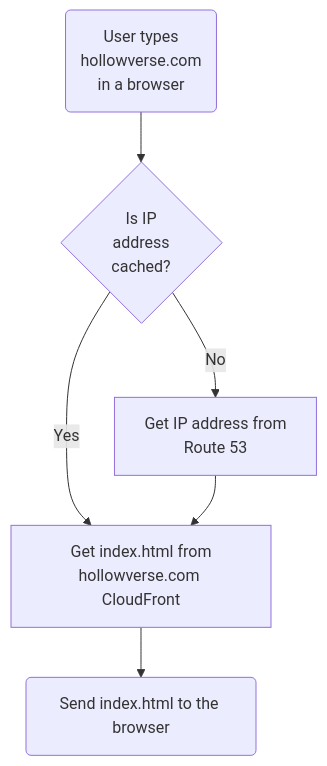
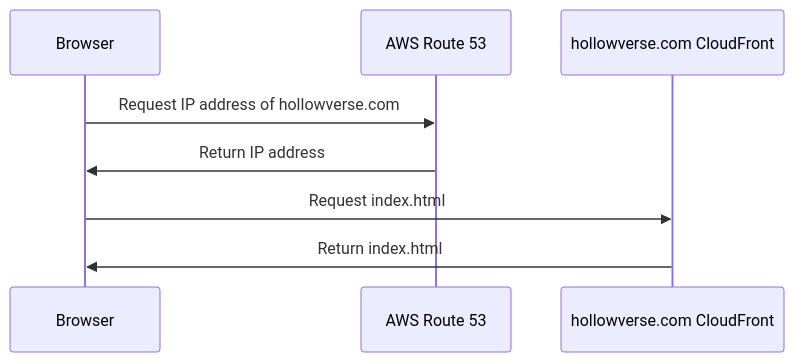
Before and after one commit to hollowverse-archive/architecture: the diagram in serveIndexHtml/serveIndexHtml.md, drawn with Mermaid. The commit also changed other lines of this file and 1 other file, not shown here.

Commit message:
Convert `serveIndexHtml` to a sequence diagram

````diff
--- a/serveIndexHtml/serveIndexHtml.md
+++ b/serveIndexHtml/serveIndexHtml.md
@@ -3,8 +3,11 @@
 ```mermaid
-graph TD
-  user(User types <br>hollowverse.com<br>in a browser) --> dns{Is IP<br>address<br>cached?}
-  dns --> |Yes| hcf[Get index.html from<br>hollowverse.com CloudFront]
-  hcf --> response(Send index.html to the browser)
-  dns --> |No| route53[Get IP address from<br>Route 53]
-  route53 --> hcf
+sequenceDiagram
+  participant browser as Browser
+  participant route53 as AWS Route 53
+  participant hcf as hollowverse.com CloudFront
+
+  browser ->> route53: Request IP address of hollowverse.com
+  route53 ->> browser: Return IP address
+  browser ->> hcf: Request index.html
+  hcf ->> browser: Return index.html
 ```
````
